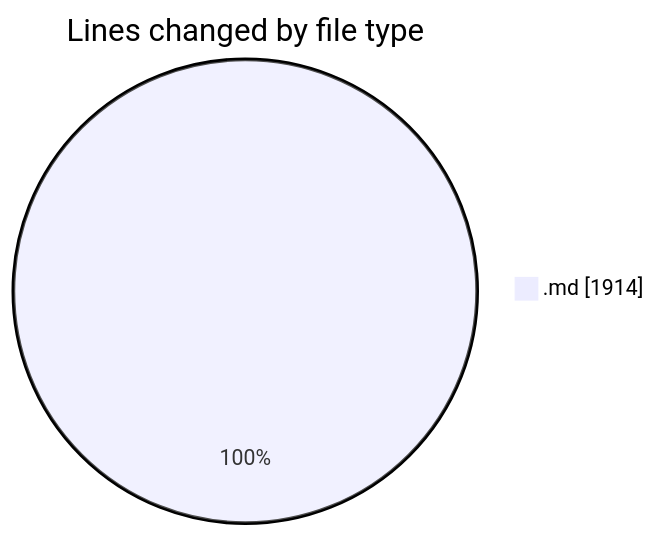
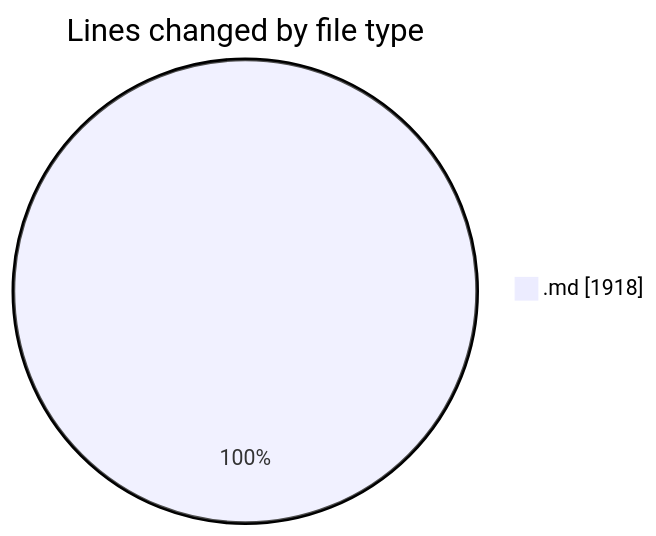
The first of 2 diagrams in 2025-07-07/urlwebwala_intership_work/README.md (Ritupan-Deka/code-tracking), drawn with Mermaid before and after one commit. The commit also changed other lines of this file and 1 other file, not shown here.

````diff
--- a/2025-07-07/urlwebwala_intership_work/README.md
+++ b/2025-07-07/urlwebwala_intership_work/README.md
@@ -22,5 +22,5 @@
 ```mermaid
 pie showData
 title Lines changed by file type
-".md" : 1914
+".md" : 1918
 ```
````
